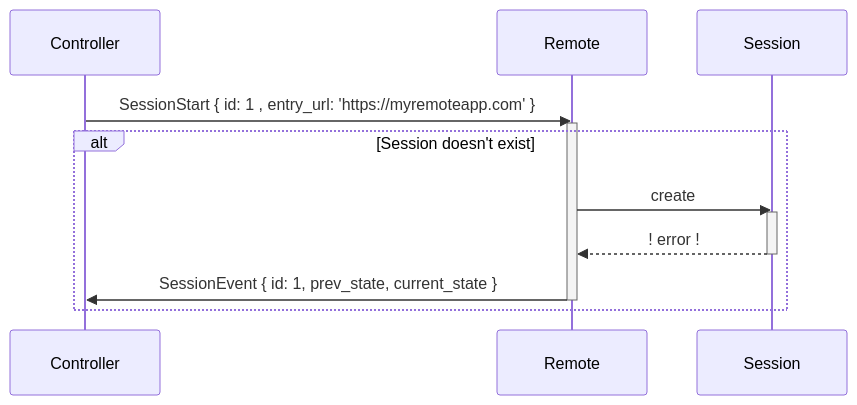
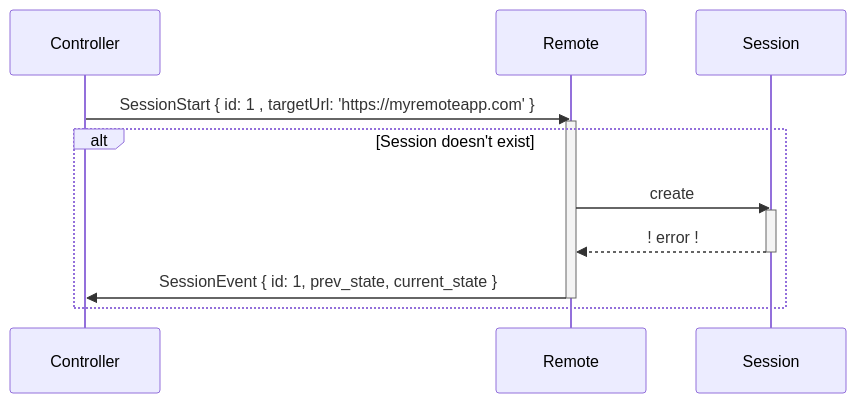
The third of 9 diagrams in how-it-works/distant-protocol.md (RibbonCommunications/webrtc-distant-js), drawn with Mermaid before and after one commit. The commit also changed other lines of this file, not shown here.

````diff
--- a/how-it-works/distant-protocol.md
+++ b/how-it-works/distant-protocol.md
@@ -291,15 +291,15 @@
 ```mermaid
 sequenceDiagram
 
-Controller->>Remote: SessionStart { id: 1 , entry_url: 'https://myremoteapp.com' }
+Controller->>Remote: SessionStart { id: 1 , targetUrl: 'https://myremoteapp.com' }
 activate Remote
 alt Session doesn't exist
 Remote->>Session: create
 activate Session
 Session-->>Remote: ! error !
 deactivate Session
 Remote->>Controller: SessionEvent { id: 1, prev_state, current_state }
 deactivate Remote
 end
 
 ```
````
